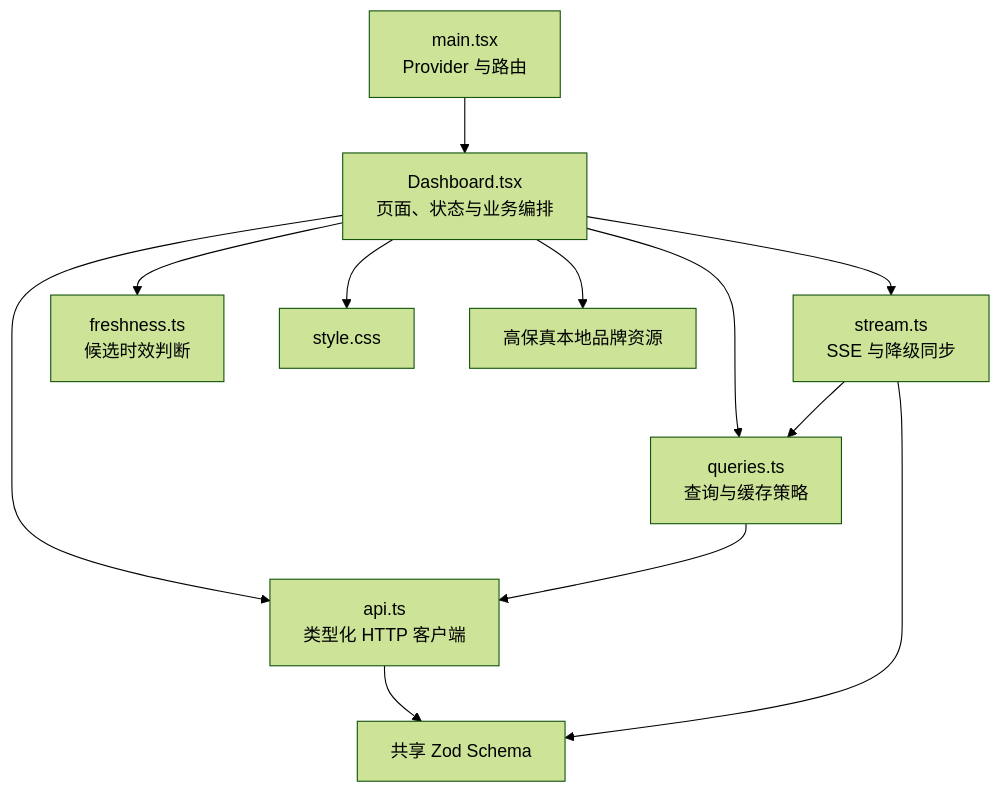
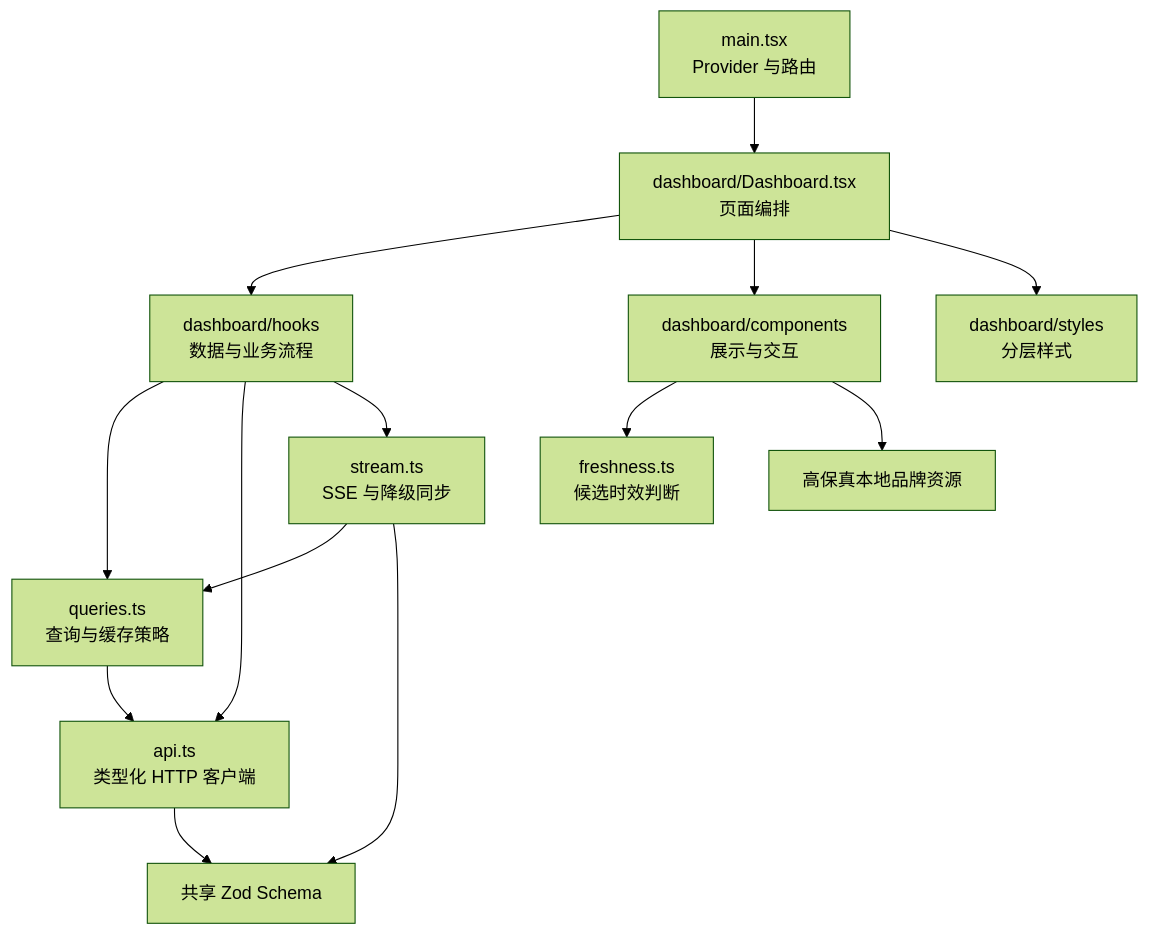
One commit to soapgu/clash-sentinel changed the first of 4 diagrams in docs/frontend-design.md. Above: the diagram before and after it, drawn with Mermaid (forest theme). The commit also changed other lines of this file and 41 other files, not shown here.

````diff
--- a/docs/frontend-design.md
+++ b/docs/frontend-design.md
@@ -42,14 +42,16 @@
 ```mermaid
 flowchart TB
-  Main[main.tsx<br/>Provider 与路由] --> Dashboard[Dashboard.tsx<br/>页面、状态与业务编排]
-  Dashboard --> Query[queries.ts<br/>查询与缓存策略]
-  Dashboard --> API[api.ts<br/>类型化 HTTP 客户端]
-  Dashboard --> Stream[stream.ts<br/>SSE 与降级同步]
-  Dashboard --> Fresh[freshness.ts<br/>候选时效判断]
+  Main[main.tsx<br/>Provider 与路由] --> Dashboard[dashboard/Dashboard.tsx<br/>页面编排]
+  Dashboard --> Hooks[dashboard/hooks<br/>数据与业务流程]
+  Dashboard --> Components[dashboard/components<br/>展示与交互]
+  Hooks --> Query[queries.ts<br/>查询与缓存策略]
+  Hooks --> API[api.ts<br/>类型化 HTTP 客户端]
+  Hooks --> Stream[stream.ts<br/>SSE 与降级同步]
+  Components --> Fresh[freshness.ts<br/>候选时效判断]
   Query --> API
   Stream --> Query
   API --> Shared[共享 Zod Schema]
   Stream --> Shared
-  Dashboard --> CSS[style.css]
-  Dashboard --> Assets[高保真本地品牌资源]
+  Dashboard --> CSS[dashboard/styles<br/>分层样式]
+  Components --> Assets[高保真本地品牌资源]
 ```
````
